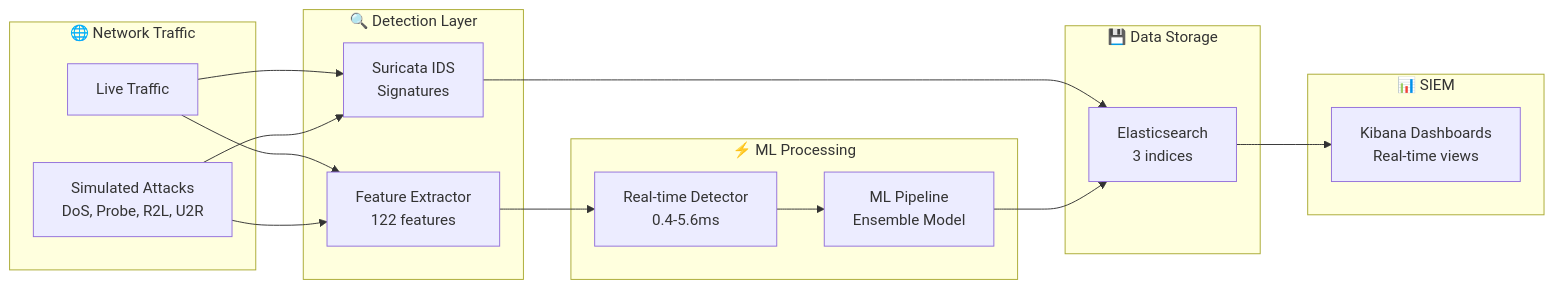
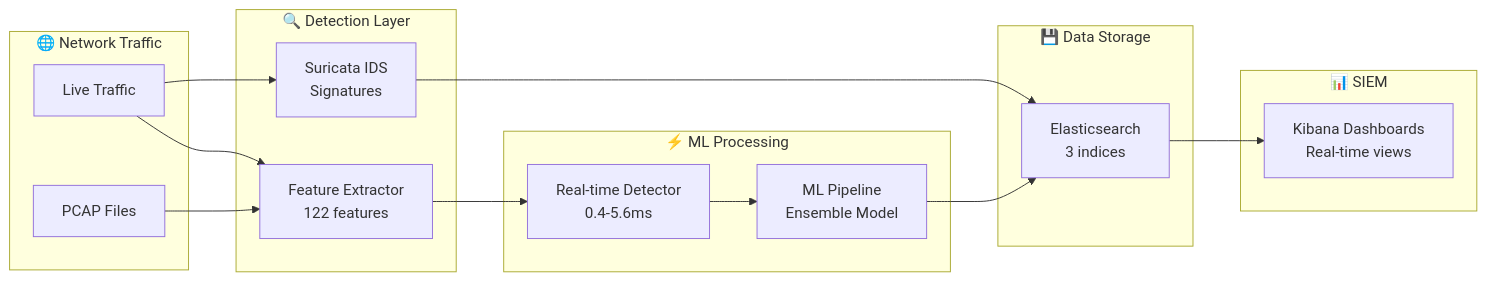
One commit to holdennguyen/suricata-ml-ids changed the first of 2 diagrams in docs/demo-flow-explanation.md. Above: the diagram before and after it, drawn with Mermaid. The commit also changed other lines of this file, not shown here.

First line of the commit message:
fix: clarify demo types and correct data flow diagrams

````diff
--- a/docs/demo-flow-explanation.md
+++ b/docs/demo-flow-explanation.md
@@ -149,35 +170,34 @@
 ```mermaid
 flowchart LR
     subgraph INPUT ["🌐 Network Traffic"]
         LIVE[Live Traffic]
-        SIM[Simulated Attacks<br/>DoS, Probe, R2L, U2R]
+        PCAP[PCAP Files]
     end
     
     subgraph DETECTION ["🔍 Detection Layer"]
         SUR[Suricata IDS<br/>Signatures]
         FE[Feature Extractor<br/>122 features]
     end
     
     subgraph PROCESSING ["⚡ ML Processing"]
         RT[Real-time Detector<br/>0.4-5.6ms]
         ML[ML Pipeline<br/>Ensemble Model]
     end
     
     subgraph STORAGE ["💾 Data Storage"]
         ES[Elasticsearch<br/>3 indices]
     end
     
     subgraph VISUALIZATION ["📊 SIEM"]
         KB[Kibana Dashboards<br/>Real-time views]
     end
     
     LIVE --> SUR
-    SIM --> SUR
     LIVE --> FE
-    SIM --> FE
+    PCAP --> FE
     SUR --> ES
     FE --> RT
     RT --> ML
     ML --> ES
     ES --> KB
 ```
````
